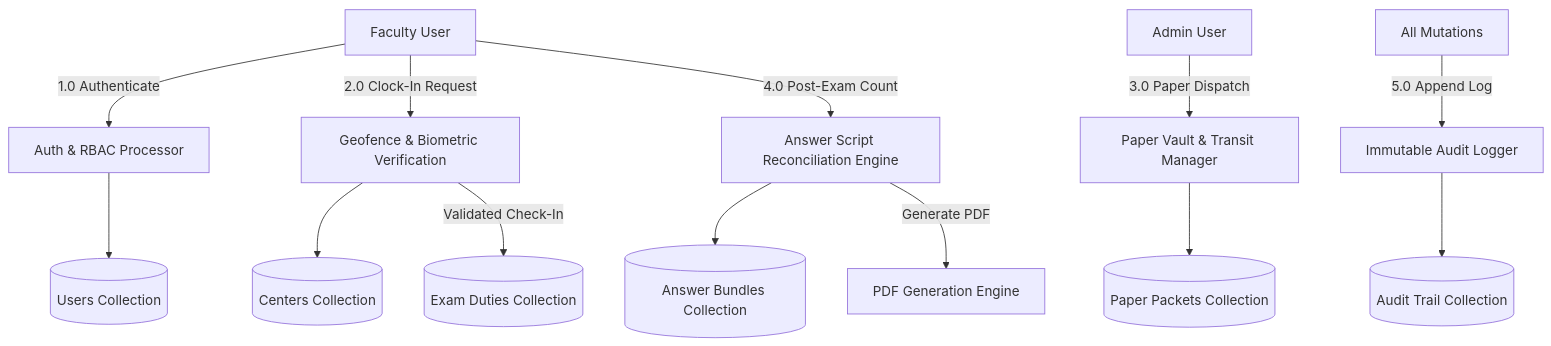
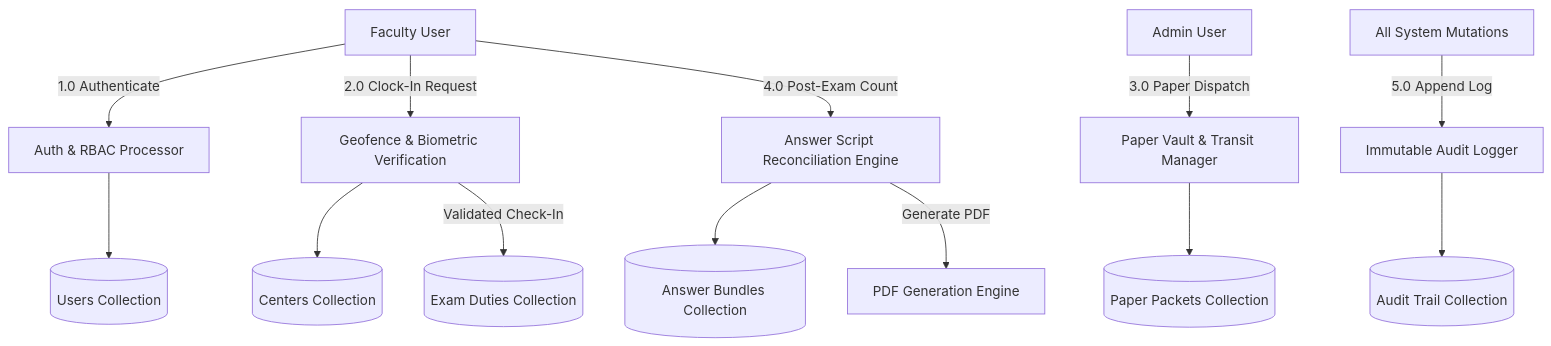
The sixth of 16 diagrams in DutyDesk_Sem8_Major_Project_Report.md (rajnishsinh2003/DutyDesk), drawn with Mermaid before and after one commit. The commit also changed other lines of this file and 1 other file, not shown here.

Commit message:
Update Sem-8 Major Project Report with all diagrams and details

````diff
--- a/DutyDesk_Sem8_Major_Project_Report.md
+++ b/DutyDesk_Sem8_Major_Project_Report.md
@@ -707,19 +892,19 @@
 ```mermaid
 flowchart TD
-    Faculty[Faculty User] -->|1.0 Authenticate| AuthProc[Auth & RBAC Processor]
-    AuthProc --> UserDB[(Users Collection)]
+    Faculty["Faculty User"] -->|1.0 Authenticate| AuthProc["Auth & RBAC Processor"]
+    AuthProc --> UserDB[("Users Collection")]
 
-    Faculty -->|2.0 Clock-In Request| GeoProc[Geofence & Biometric Verification]
-    GeoProc --> CenterDB[(Centers Collection)]
-    GeoProc -->|Validated Check-In| DutyDB[(Exam Duties Collection)]
+    Faculty -->|2.0 Clock-In Request| GeoProc["Geofence & Biometric Verification"]
+    GeoProc --> CenterDB[("Centers Collection")]
+    GeoProc -->|Validated Check-In| DutyDB[("Exam Duties Collection")]
 
-    Admin[Admin User] -->|3.0 Paper Dispatch| PaperProc[Paper Vault & Transit Manager]
-    PaperProc --> PacketDB[(Paper Packets Collection)]
+    Admin["Admin User"] -->|3.0 Paper Dispatch| PaperProc["Paper Vault & Transit Manager"]
+    PaperProc --> PacketDB[("Paper Packets Collection")]
 
-    Faculty -->|4.0 Post-Exam Count| ScriptProc[Answer Script Reconciliation Engine]
-    ScriptProc --> BundleDB[(Answer Bundles Collection)]
-    ScriptProc -->|Generate PDF| DocEngine[PDF Generation Engine]
+    Faculty -->|4.0 Post-Exam Count| ScriptProc["Answer Script Reconciliation Engine"]
+    ScriptProc --> BundleDB[("Answer Bundles Collection")]
+    ScriptProc -->|Generate PDF| DocEngine["PDF Generation Engine"]
 
-    DutyDeskAll[All Mutations] -->|5.0 Append Log| AuditProc[Immutable Audit Logger]
-    AuditProc --> AuditDB[(Audit Trail Collection)]
+    DutyDeskAll["All System Mutations"] -->|5.0 Append Log| AuditProc["Immutable Audit Logger"]
+    AuditProc --> AuditDB[("Audit Trail Collection")]
 ```
````
